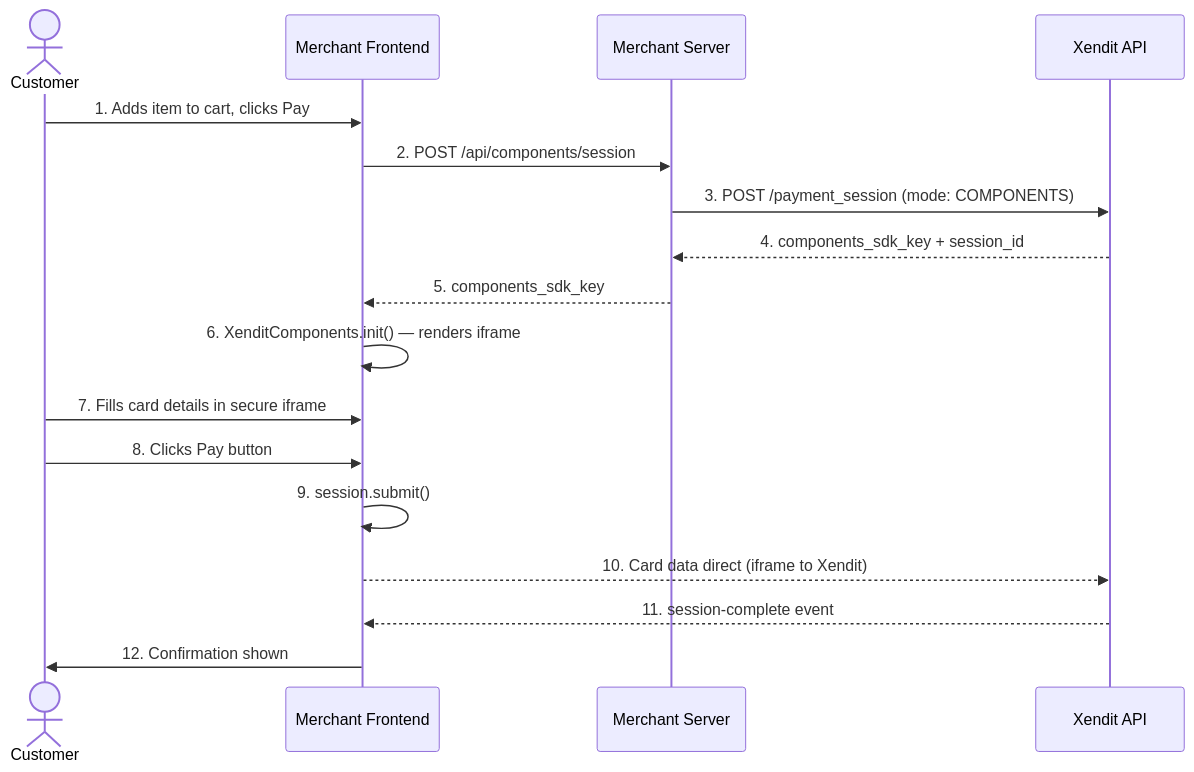
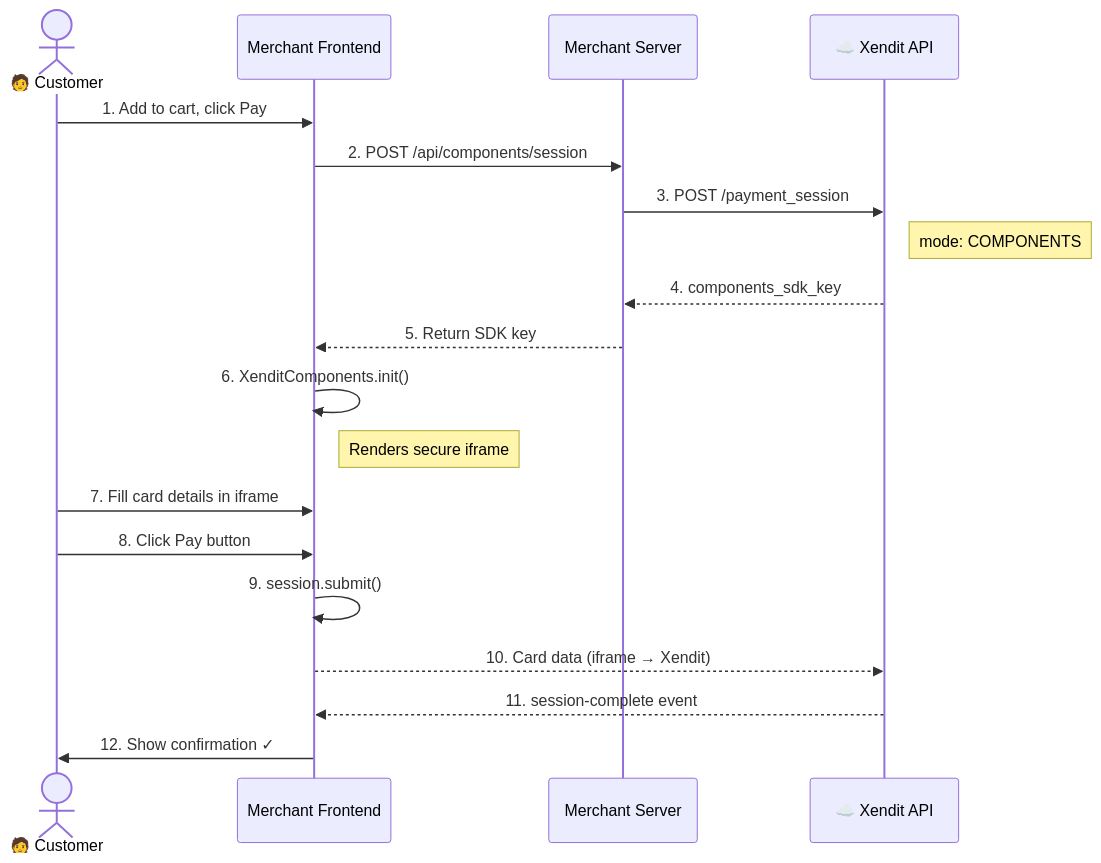
The diagram in content/04-components-e2e.md (sabiqovsky/clm-components-guide), drawn with Mermaid before and after one commit. The commit also changed 10 other files, not shown here.

First line of the commit message:
fix: overhaul all Mermaid diagrams for WCAG contrast and readability

````diff
--- a/content/04-components-e2e.md
+++ b/content/04-components-e2e.md
@@ -5,20 +5,22 @@
 ```mermaid
 sequenceDiagram
-    actor Customer
+    actor Customer as 🧑 Customer
     participant Store as Merchant Frontend
     participant Server as Merchant Server
-    participant Xendit as Xendit API
+    participant Xendit as ☁️ Xendit API
 
-    Customer->>Store: 1. Adds item to cart, clicks Pay
+    Customer->>Store: 1. Add to cart, click Pay
     Store->>Server: 2. POST /api/components/session
-    Server->>Xendit: 3. POST /payment_session (mode: COMPONENTS)
-    Xendit-->>Server: 4. components_sdk_key + session_id
-    Server-->>Store: 5. components_sdk_key
-    Store->>Store: 6. XenditComponents.init() — renders iframe
-    Customer->>Store: 7. Fills card details in secure iframe
-    Customer->>Store: 8. Clicks Pay button
+    Server->>Xendit: 3. POST /payment_session
+    Note right of Xendit: mode: COMPONENTS
+    Xendit-->>Server: 4. components_sdk_key
+    Server-->>Store: 5. Return SDK key
+    Store->>Store: 6. XenditComponents.init()
+    Note right of Store: Renders secure iframe
+    Customer->>Store: 7. Fill card details in iframe
+    Customer->>Store: 8. Click Pay button
     Store->>Store: 9. session.submit()
-    Store-->>Xendit: 10. Card data direct (iframe to Xendit)
+    Store-->>Xendit: 10. Card data (iframe → Xendit)
     Xendit-->>Store: 11. session-complete event
-    Store->>Customer: 12. Confirmation shown
+    Store->>Customer: 12. Show confirmation ✓
 ```
````
